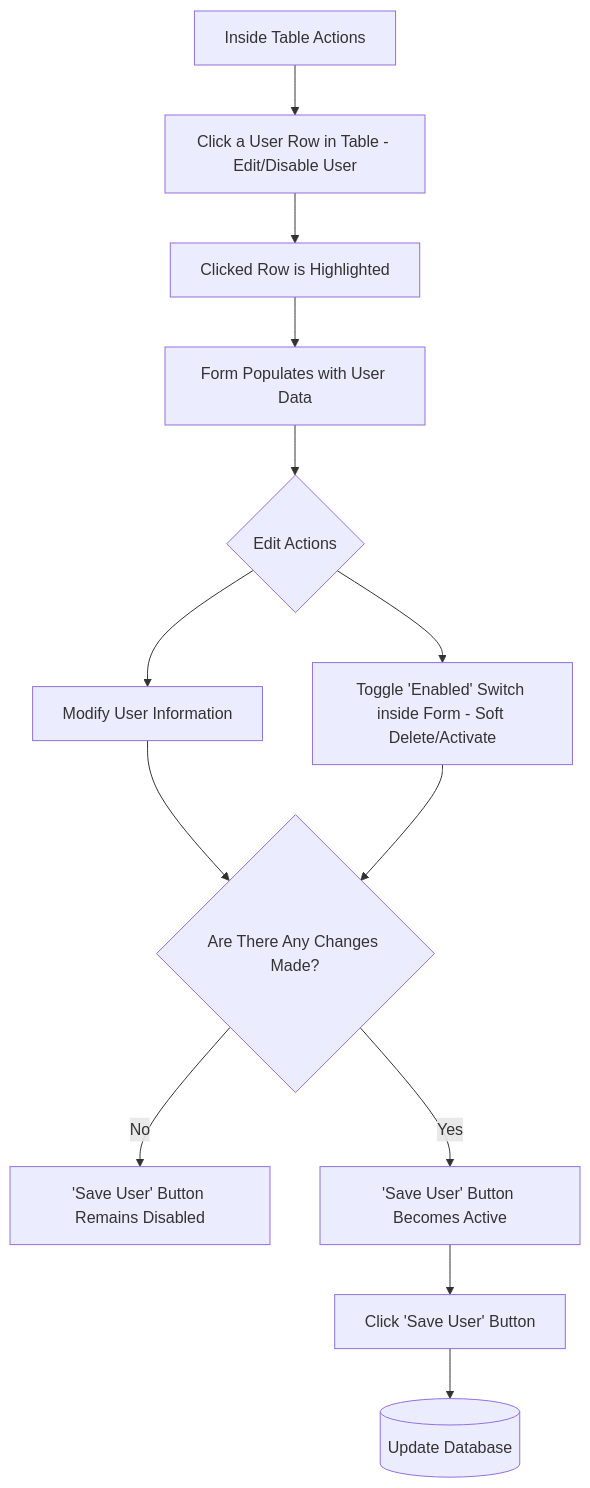
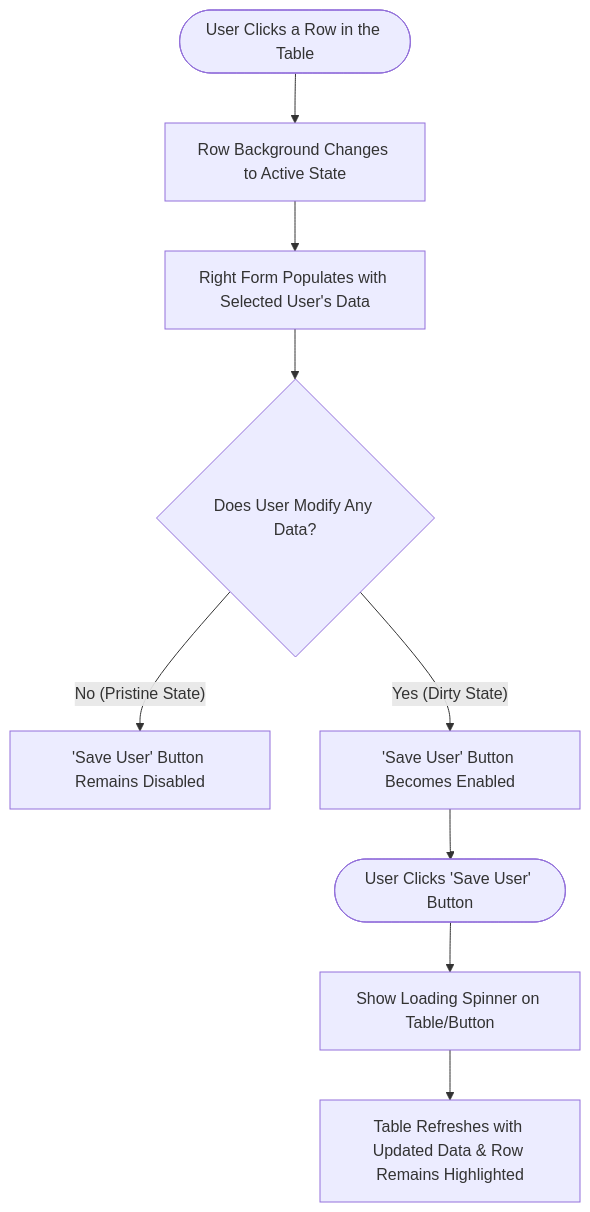
The second of 3 diagrams in README.md (Cgnore/ui-specification-document), drawn with Mermaid before and after one commit. The commit also changed other lines of this file, not shown here.

````diff
--- a/README.md
+++ b/README.md
@@ -199,27 +207,17 @@
 ```mermaid
-
-  graph TD
-       %% User Actions from Inside the Table    
-  
-      InsideTable[Inside Table Actions] --> ActionEdit[Click a User Row in Table - Edit/Disable User]
-      %% Edit Existing User Flow
-      ActionEdit --> HighlightRow[Clicked Row is Highlighted]
-      HighlightRow --> PopulateForm[Form Populates with User Data]
-      PopulateForm --> EditOptions{Edit Actions}
-      
-      EditOptions --> ModifyInfo[Modify User Information]
-      EditOptions --> ToggleEnabled[Toggle 'Enabled' Switch inside Form - Soft Delete/Activate]
-      
-      ModifyInfo --> CheckChanges{Are There Any Changes Made?}
-      ToggleEnabled --> CheckChanges
-  
-      %% Save Button Activation Logic
-      CheckChanges -- No --> KeepSaveDisabled['Save User' Button Remains Disabled]
-      
-      CheckChanges -- Yes --> ActivateSave['Save User' Button Becomes Active]
-  
-      %% Save and Refresh Process
-      ActivateSave --> ClickSave[Click 'Save User' Button]
-      ClickSave --> UpdateDB[(Update Database)]
-      
+graph TD
+    %% User Actions from Inside the Table    
+    ActionEdit([User Clicks a Row in the Table]) --> HighlightRow[Row Background Changes to Active State]
+    HighlightRow --> PopulateForm[Right Form Populates with Selected User's Data]
+    
+    PopulateForm --> FormInteraction{Does User Modify Any Data?}
+    
+    %% Save Button Activation Logic
+    FormInteraction -- No (Pristine State) --> KeepSaveDisabled['Save User' Button Remains Disabled]
+    FormInteraction -- Yes (Dirty State) --> ActivateSave['Save User' Button Becomes Enabled]
+    
+    %% Save and Refresh Process
+    ActivateSave --> ClickSave([User Clicks 'Save User' Button])
+    ClickSave --> ShowLoading[Show Loading Spinner on Table/Button]
+    ShowLoading --> RefreshTable[Table Refreshes with Updated Data & Row Remains Highlighted]
   ```
````
